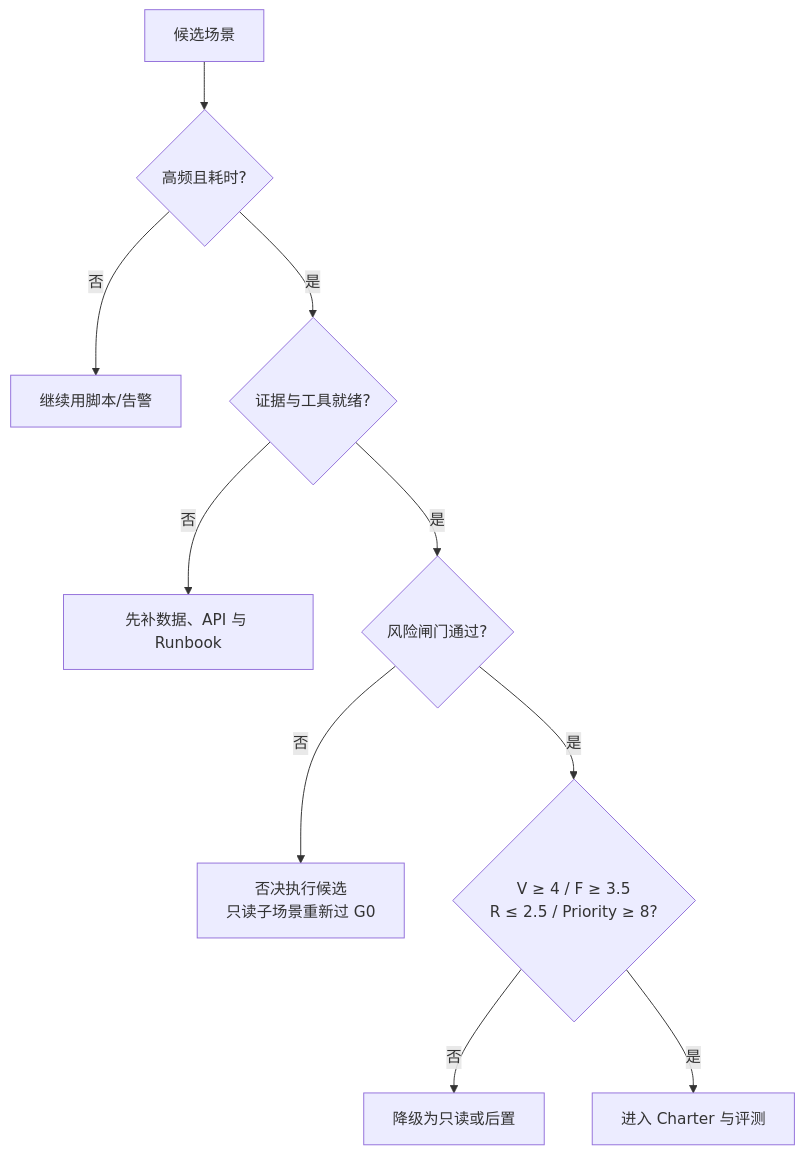
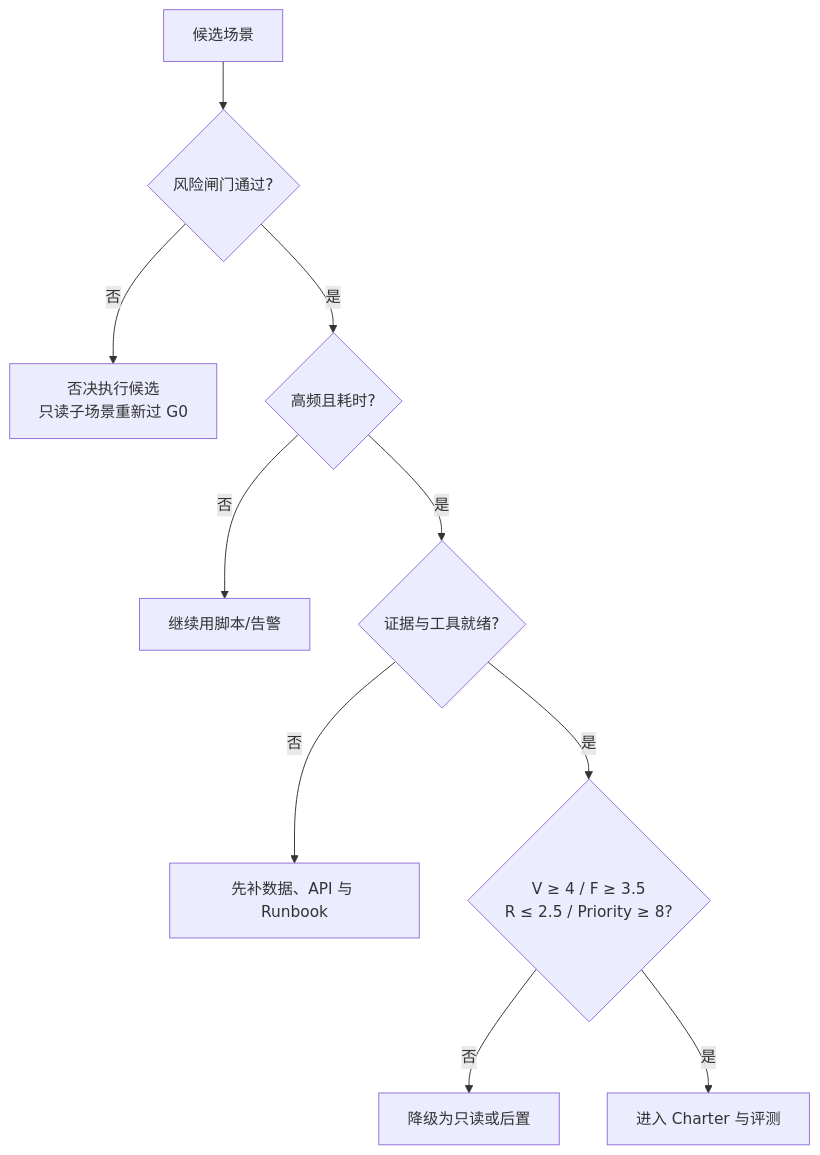
Before and after one commit to ai-guru-global/the-ops-agent-book: the first of 2 diagrams in docs/guide/03-scenario-selection.md, drawn with Mermaid. The commit also changed other lines of this file and 61 other files, not shown here.

First line of the commit message:
fix: close re-evaluation gaps and expand diagram coverage

````diff
--- a/docs/guide/03-scenario-selection.md
+++ b/docs/guide/03-scenario-selection.md
@@ -49,12 +49,12 @@
 ```mermaid
 flowchart TD
-  A[候选场景] --> B{高频且耗时?}
+  A[候选场景] --> D{风险闸门通过?}
+  D -- 否 --> Z[否决执行候选<br/>只读子场景重新过 G0]
+  D -- 是 --> B{高频且耗时?}
   B -- 否 --> X[继续用脚本/告警]
   B -- 是 --> C{证据与工具就绪?}
   C -- 否 --> Y[先补数据、API 与 Runbook]
-  C -- 是 --> D{风险闸门通过?}
-  D -- 否 --> Z[否决执行候选<br/>只读子场景重新过 G0]
-  D -- 是 --> Q{V ≥ 4 / F ≥ 3.5<br/>R ≤ 2.5 / Priority ≥ 8?}
+  C -- 是 --> Q{V ≥ 4 / F ≥ 3.5<br/>R ≤ 2.5 / Priority ≥ 8?}
   Q -- 否 --> W[降级为只读或后置]
   Q -- 是 --> E[进入 Charter 与评测]
 ```
````
